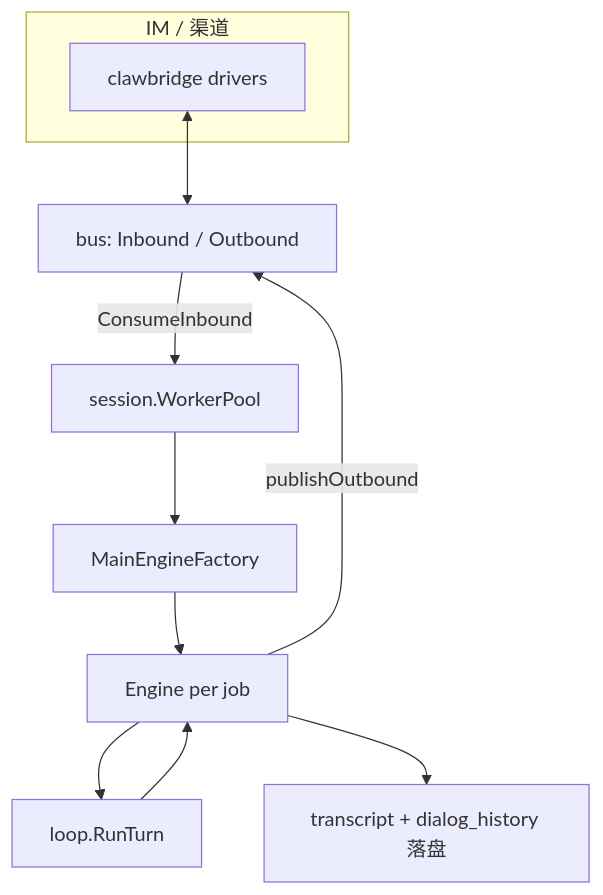
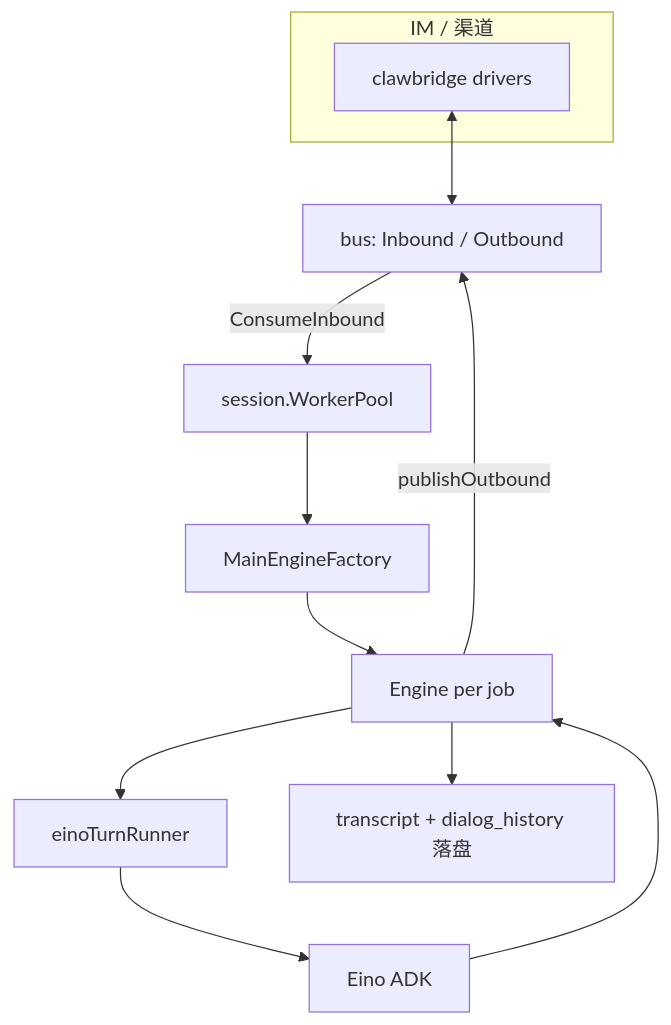
The second of 5 diagrams in docs/runtime-flow.md (lengzhao/oneclaw), drawn with Mermaid before and after one commit. The commit also changed other lines of this file and 66 other files, not shown here.

````diff
--- a/docs/runtime-flow.md
+++ b/docs/runtime-flow.md
@@ -41,20 +41,22 @@
 ```mermaid
 flowchart TB
   subgraph im [IM / 渠道]
     drivers[clawbridge drivers]
   end
   bus[bus: Inbound / Outbound]
   wp[session.WorkerPool]
   fac[MainEngineFactory]
   eng[Engine per job]
-  loop[loop.RunTurn]
+  tr[einoTurnRunner]
+  adk[Eino ADK]
   disk[transcript + dialog_history 落盘]
   drivers <--> bus
   bus -->|ConsumeInbound| wp
   wp --> fac
   fac --> eng
-  eng --> loop
-  loop --> eng
+  eng --> tr
+  tr --> adk
+  adk --> eng
   eng --> disk
   eng -->|publishOutbound| bus
 ```
````
